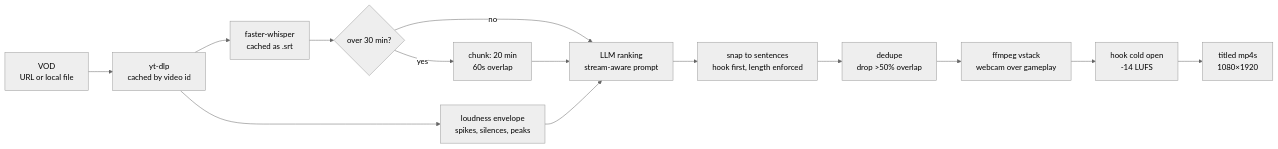
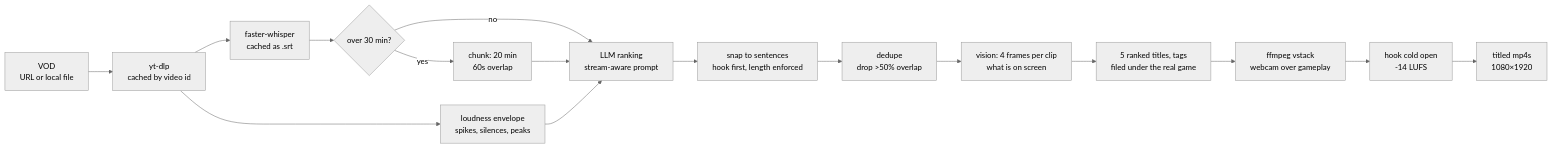
One commit to kleZ799/stream-to-shorts changed the first of 2 diagrams in README.md. Above: the diagram before and after it, drawn with Mermaid (neutral theme). The commit also changed other lines of this file and 3 other files, not shown here.

````diff
--- a/README.md
+++ b/README.md
@@ -609,16 +613,18 @@
 ```mermaid
 flowchart LR
     A[VOD<br/>URL or local file] --> B[yt-dlp<br/>cached by video id]
     B --> C[faster-whisper<br/>cached as .srt]
     C --> D{over 30 min?}
     D -->|yes| E[chunk: 20 min<br/>60s overlap]
     D -->|no| F[LLM ranking<br/>stream-aware prompt]
     E --> F
     B --> J[loudness envelope<br/>spikes, silences, peaks]
     J --> F
     F --> G[snap to sentences<br/>hook first, length enforced]
     G --> K[dedupe<br/>drop >50% overlap]
-    K --> H[ffmpeg vstack<br/>webcam over gameplay]
+    K --> V[vision: 4 frames per clip<br/>what is on screen]
+    V --> S[5 ranked titles, tags<br/>filed under the real game]
+    S --> H[ffmpeg vstack<br/>webcam over gameplay]
     H --> I[hook cold open<br/>-14 LUFS]
     I --> L[titled mp4s<br/>1080×1920]
 ```
````
